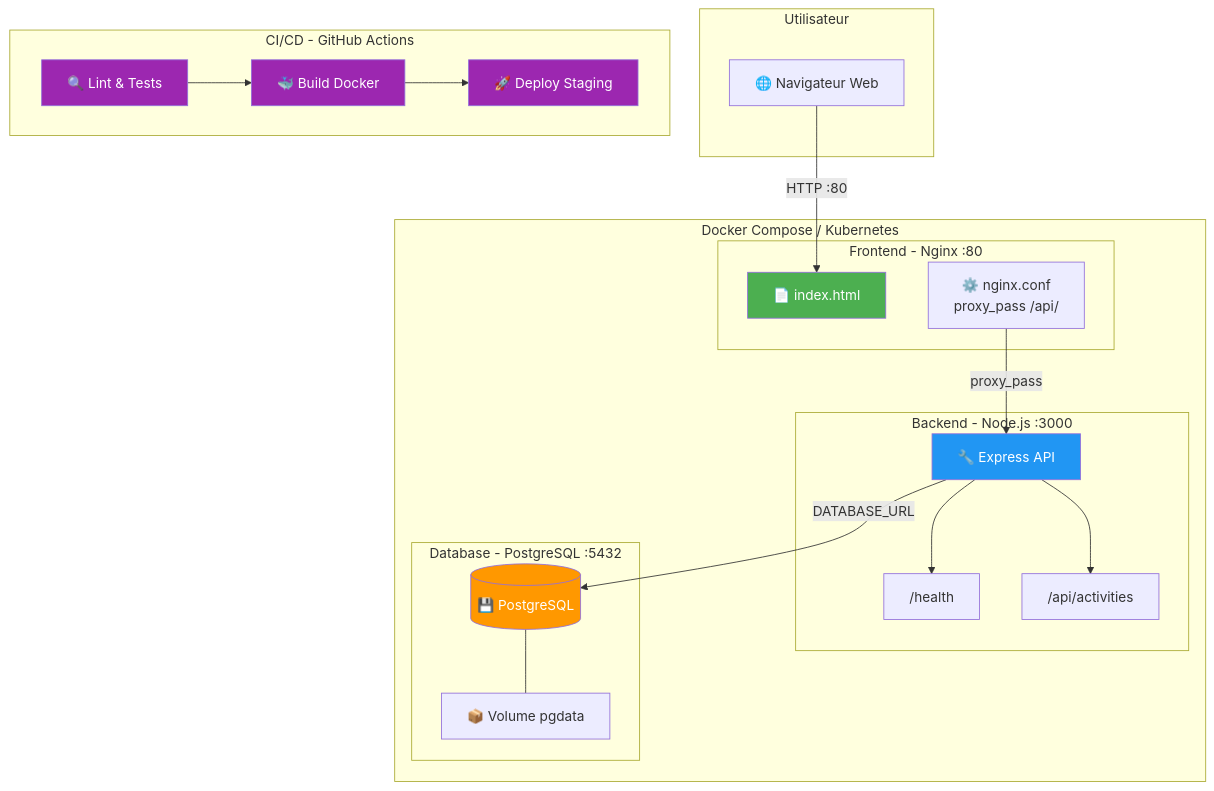
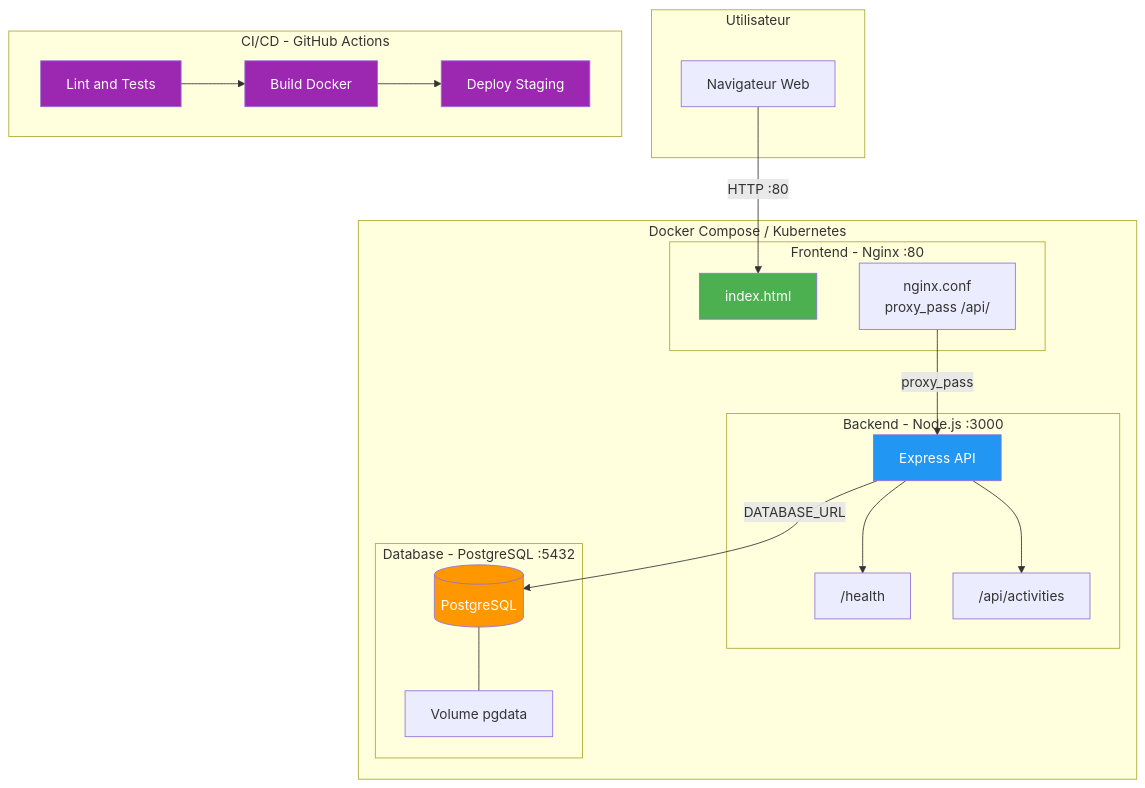
One commit to HamzaMrs/Vitalsync changed the first of 2 diagrams in README.md. Above: the diagram before and after it, drawn with Mermaid. The commit also changed other lines of this file, not shown here.

````diff
--- a/README.md
+++ b/README.md
@@ -19,46 +19,46 @@
 ```mermaid
 graph TB
     subgraph "Utilisateur"
-        U[🌐 Navigateur Web]
+        U[Navigateur Web]
     end
 
     subgraph "Docker Compose / Kubernetes"
         subgraph "Frontend - Nginx :80"
-            F[📄 index.html]
-            NX[⚙️ nginx.conf<br/>proxy_pass /api/]
+            F[index.html]
+            NX[nginx.conf<br/>proxy_pass /api/]
         end
 
         subgraph "Backend - Node.js :3000"
-            API[🔧 Express API]
+            API[Express API]
             H["/health"]
             A["/api/activities"]
         end
 
         subgraph "Database - PostgreSQL :5432"
-            DB[(💾 PostgreSQL)]
-            VOL[📦 Volume pgdata]
+            DB[(PostgreSQL)]
+            VOL[Volume pgdata]
         end
     end
 
     subgraph "CI/CD - GitHub Actions"
-        CI[🔍 Lint & Tests]
-        BUILD[🐳 Build Docker]
-        DEPLOY[🚀 Deploy Staging]
+        CI[Lint and Tests]
+        BUILD[Build Docker]
+        DEPLOY[Deploy Staging]
     end
 
     U -->|HTTP :80| F
     NX -->|proxy_pass| API
     API --> H
     API --> A
     API -->|DATABASE_URL| DB
     DB --- VOL
 
     CI --> BUILD --> DEPLOY
-    
+
     style F fill:#4CAF50,color:white
     style API fill:#2196F3,color:white
     style DB fill:#FF9800,color:white
     style CI fill:#9C27B0,color:white
     style BUILD fill:#9C27B0,color:white
     style DEPLOY fill:#9C27B0,color:white
 ```
````
